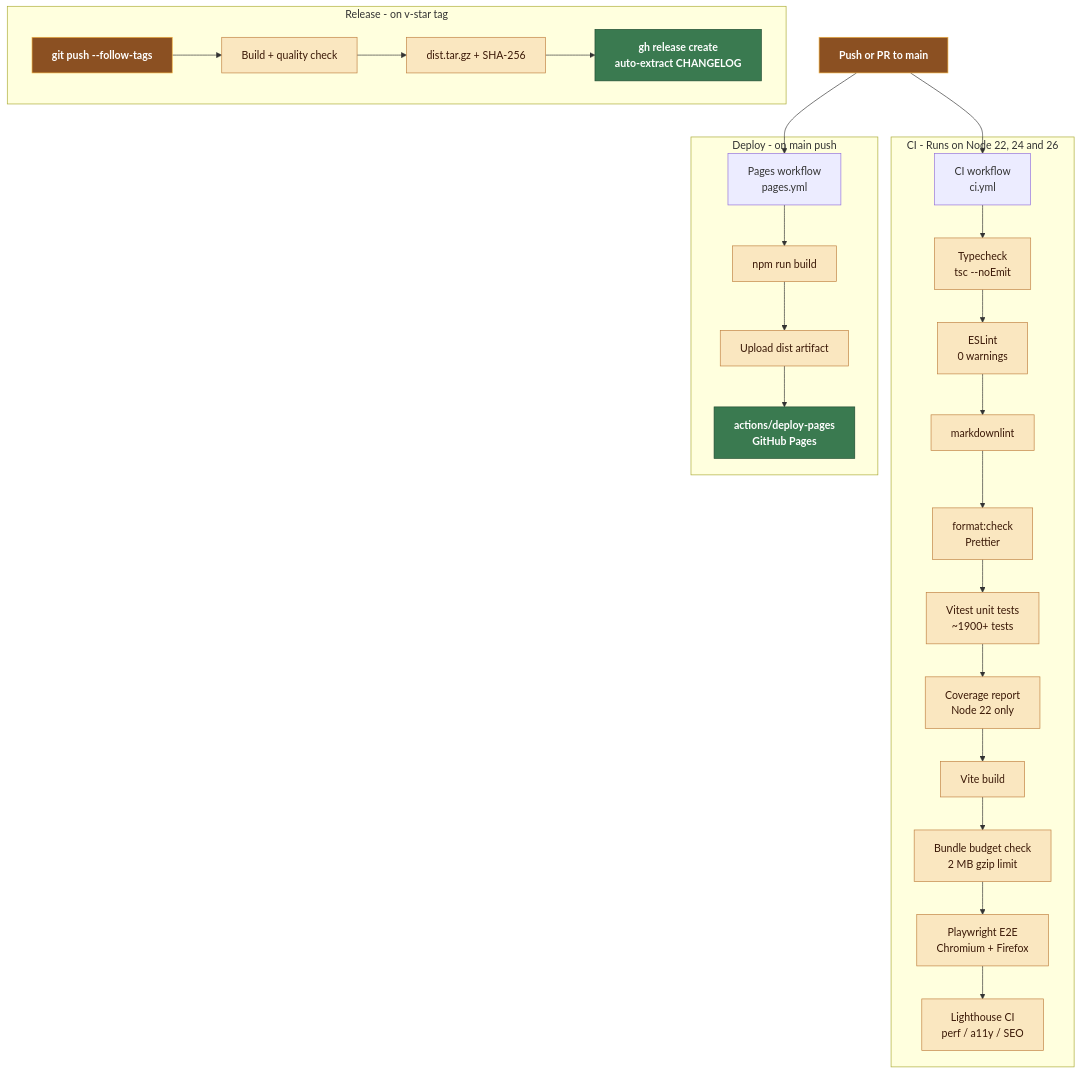
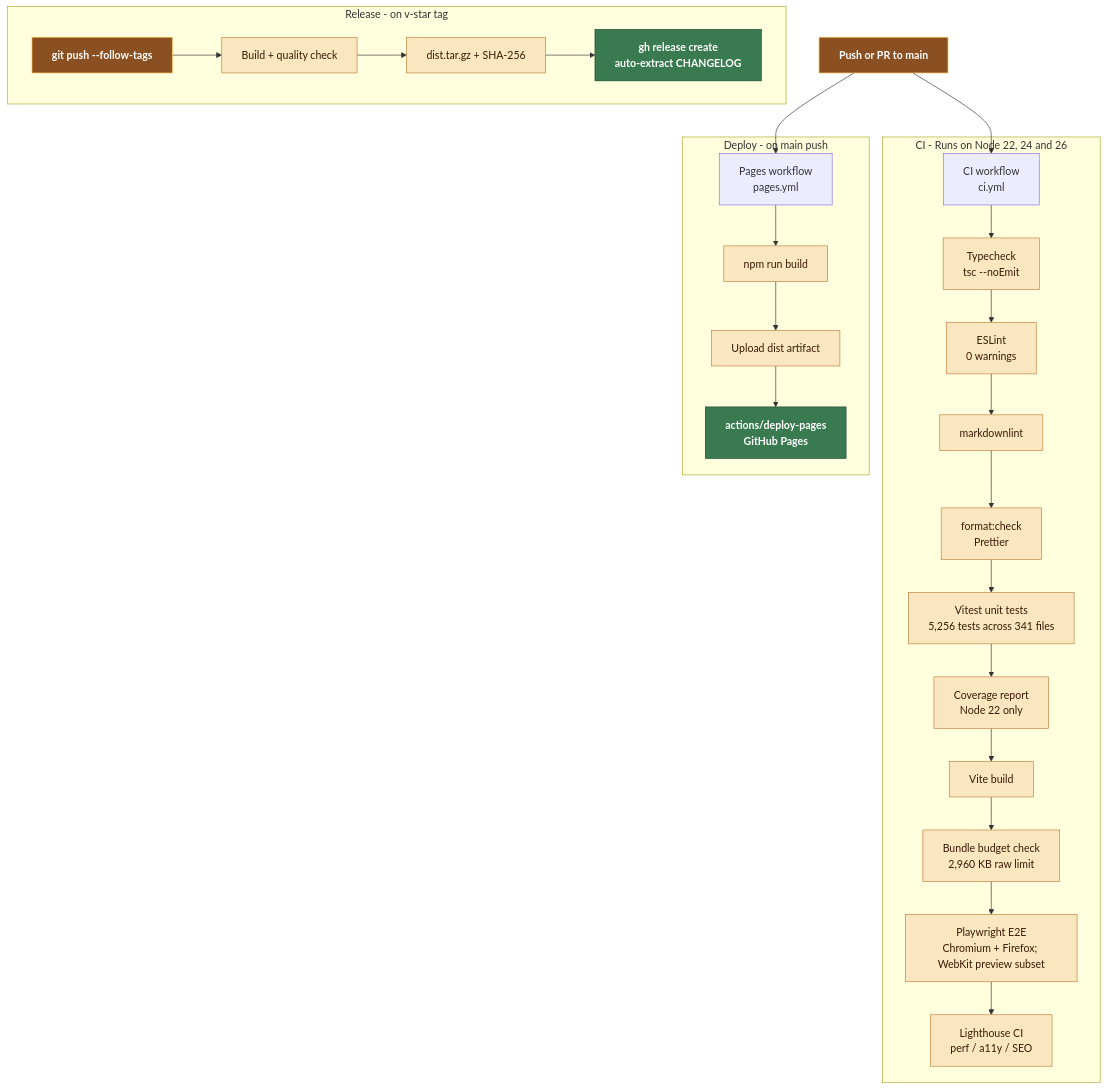
Before and after one commit to RajwanYair/WoodworkingShop: the fifth of 8 diagrams in docs/ARCHITECTURE.md, drawn with Mermaid. The commit also changed other lines of this file and 66 other files, not shown here.

````diff
--- a/docs/ARCHITECTURE.md
+++ b/docs/ARCHITECTURE.md
@@ -302,37 +302,37 @@
 ```mermaid
 graph TD
   push["Push or PR to main"] --> ci["CI workflow\nci.yml"]
   push --> pages["Pages workflow\npages.yml"]
 
   subgraph CI [CI - Runs on Node 22, 24 and 26]
     ci --> tc["Typecheck\ntsc --noEmit"]
     tc --> lint["ESLint\n0 warnings"]
     lint --> mdlint["markdownlint"]
     mdlint --> fmt["format:check\nPrettier"]
-    fmt --> test["Vitest unit tests\n~1900+ tests"]
+    fmt --> test["Vitest unit tests\n5,256 tests across 341 files"]
     test --> cov["Coverage report\nNode 22 only"]
     cov --> build["Vite build"]
-    build --> bcheck["Bundle budget check\n2 MB gzip limit"]
-    bcheck --> e2e["Playwright E2E\nChromium + Firefox"]
+    build --> bcheck["Bundle budget check\n2,960 KB raw limit"]
+    bcheck --> e2e["Playwright E2E\nChromium + Firefox; WebKit preview subset"]
     e2e --> lhci["Lighthouse CI\nperf / a11y / SEO"]
   end
 
   subgraph Deploy [Deploy - on main push]
     pages --> dbuild["npm run build"]
     dbuild --> upload["Upload dist artifact"]
     upload --> ghpages["actions/deploy-pages\nGitHub Pages"]
   end
 
   subgraph Release [Release - on v-star tag]
     tag["git push --follow-tags"] --> rbuild["Build + quality check"]
     rbuild --> archive["dist.tar.gz + SHA-256"]
     archive --> ghrelease["gh release create\nauto-extract CHANGELOG"]
   end
 
   classDef trigger fill:#8b5022,stroke:#f0b040,color:#fff,font-weight:bold
   classDef step fill:#fae7c0,stroke:#c08040,color:#3a1806
   classDef gate fill:#3a7a50,stroke:#1e4a30,color:#fff,font-weight:bold
   class push,tag trigger
   class ghpages,ghrelease gate
   class tc,lint,mdlint,fmt,test,cov,build,bcheck,e2e,lhci,dbuild,upload,rbuild,archive step
 ```
````
